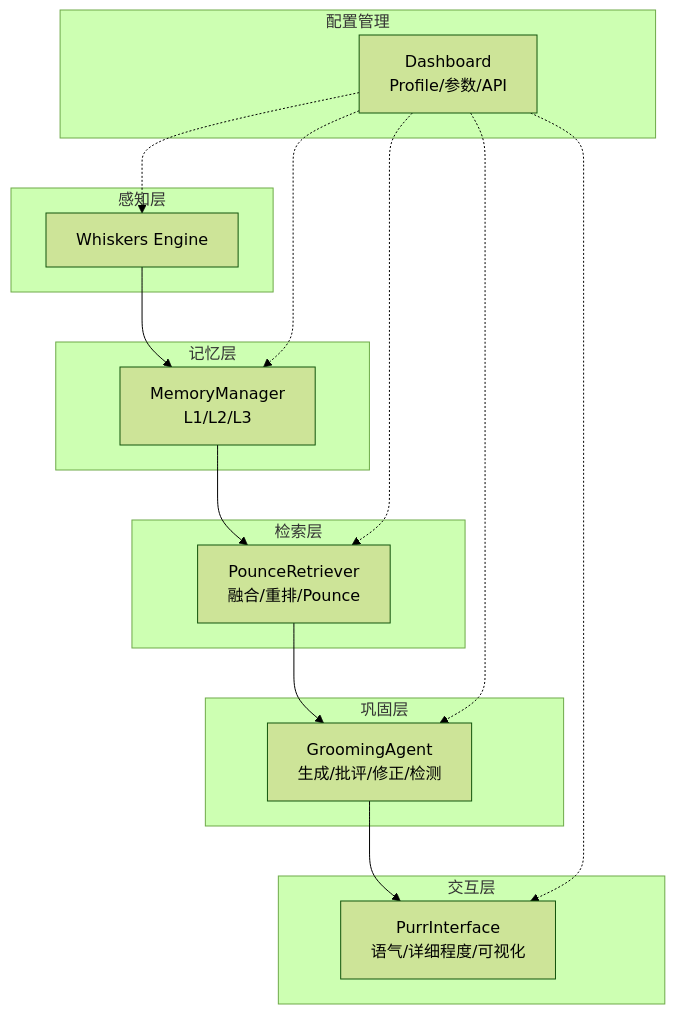
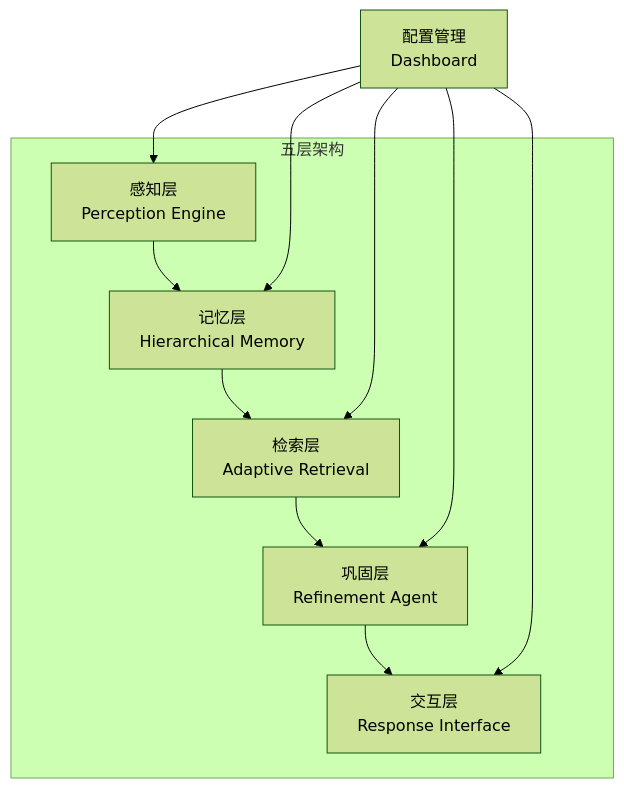
Before and after one commit to JieGaoPrinceton/NecoRAG: the second of 10 diagrams in .qoder/repowiki/zh/content/开发者指南/开发者指南.md, drawn with Mermaid (forest theme). The commit also changed other lines of this file and 76 other files, not shown here.

````diff
--- a/.qoder/repowiki/zh/content/开发者指南/开发者指南.md
+++ b/.qoder/repowiki/zh/content/开发者指南/开发者指南.md
@@ -72,30 +85,14 @@
 ```mermaid
 graph TB
-subgraph "感知层"
-W["Whiskers Engine"]
+subgraph "五层架构"
+P["感知层<br/>Perception Engine"] --> M["记忆层<br/>Hierarchical Memory"]
+M --> R["检索层<br/>Adaptive Retrieval"]
+R --> C["巩固层<br/>Refinement Agent"]
+C --> O["交互层<br/>Response Interface"]
 end
-subgraph "记忆层"
-M["MemoryManager<br/>L1/L2/L3"]
-end
-subgraph "检索层"
-R["PounceRetriever<br/>融合/重排/Pounce"]
-end
-subgraph "巩固层"
-G["GroomingAgent<br/>生成/批评/修正/检测"]
-end
-subgraph "交互层"
-P["PurrInterface<br/>语气/详细程度/可视化"]
-end
-subgraph "配置管理"
-D["Dashboard<br/>Profile/参数/API"]
-end
-W --> M
-M --> R
-R --> G
-G --> P
-D -.-> W
-D -.-> M
-D -.-> R
-D -.-> G
-D -.-> P
+D["配置管理<br/>Dashboard"] --> P
+D --> M
+D --> R
+D --> C
+D --> O
 ```
````
